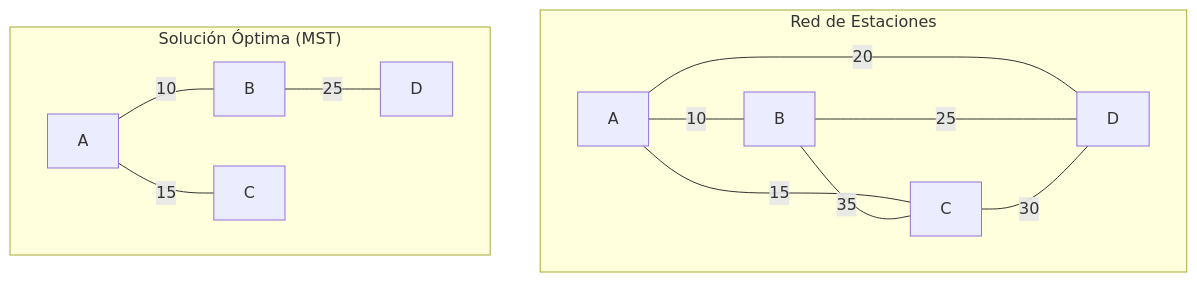
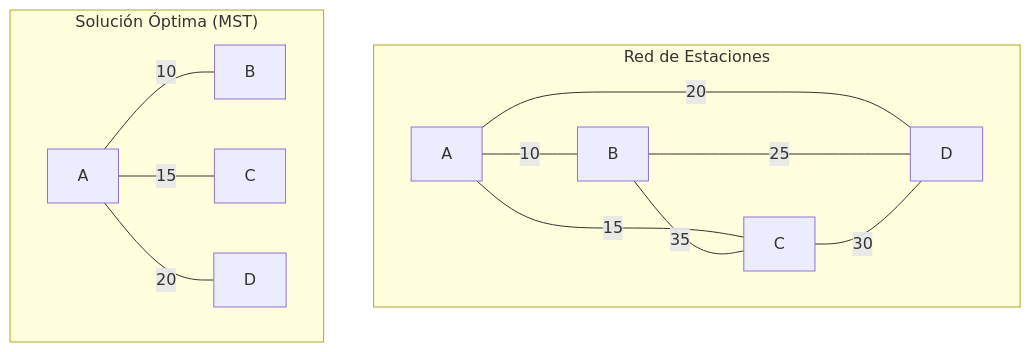
One commit to djaimej/computer-science-template changed the first of 2 diagrams in public/documents/semester-2/3/2321.md. Above: the diagram before and after it, drawn with Mermaid. The commit also changed other lines of this file and 38 other files, not shown here.

````diff
--- a/public/documents/semester-2/3/2321.md
+++ b/public/documents/semester-2/3/2321.md
@@ -130,17 +130,17 @@
 ```mermaid
 graph TD
     subgraph Red de Estaciones
         A[A] ---|10| B[B]
         A ---|15| C[C]
         A ---|20| D[D]
         B ---|35| C
         B ---|25| D
         C ---|30| D
     end
 
     subgraph "Solución Óptima (MST)"
         A2[A] ---|10| B2[B]
         A2 ---|15| C2[C]
-        B2 ---|25| D2[D]
+        A2 ---|20| D2[D]
     end
 ```
````
